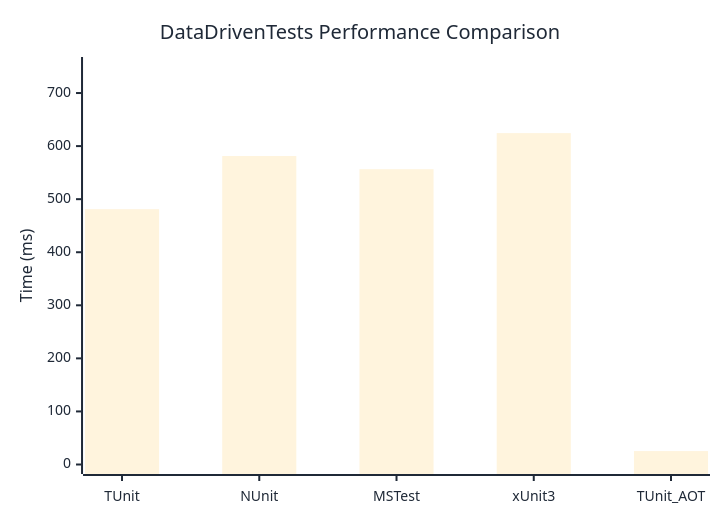
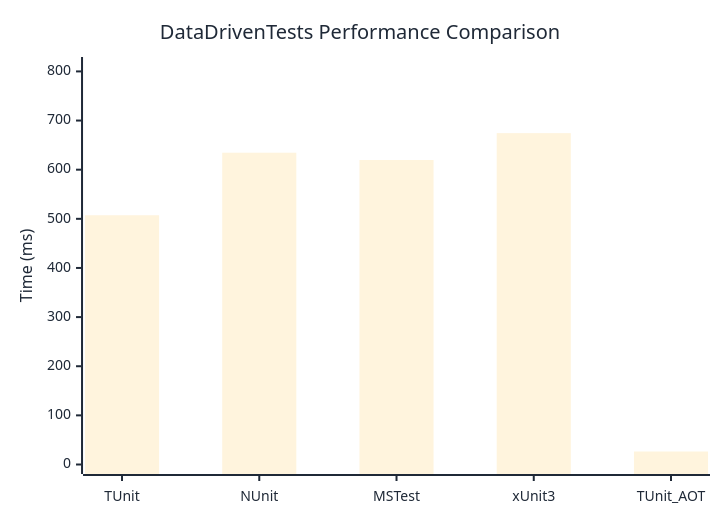
The diagram in docs/docs/benchmarks/DataDrivenTests.md (thomhurst/TUnit), drawn with Mermaid before and after one commit. The commit also changed other lines of this file and 17 other files, not shown here.

````diff
--- a/docs/docs/benchmarks/DataDrivenTests.md
+++ b/docs/docs/benchmarks/DataDrivenTests.md
@@ -27,37 +27,37 @@
 ```mermaid
 %%{init: {
   'theme':'base',
   'themeVariables': {
     'primaryColor': '#2563eb',
     'primaryTextColor': '#1f2937',
     'primaryBorderColor': '#1e40af',
     'lineColor': '#6b7280',
     'secondaryColor': '#7c3aed',
     'tertiaryColor': '#dc2626',
     'background': '#ffffff',
     'mainBkg': '#2563eb',
     'secondBkg': '#7c3aed',
     'tertiaryBkg': '#dc2626',
     'clusterBkg': '#f3f4f6',
     'edgeLabelBackground': '#ffffff',
     'tertiaryTextColor': '#1f2937',
     'pie1': '#2563eb',
     'pie2': '#7c3aed',
     'pie3': '#dc2626',
     'pie4': '#f59e0b',
     'pie5': '#10b981',
     'pie6': '#06b6d4',
     'pie7': '#ec4899',
     'pie8': '#6366f1',
     'pie9': '#84cc16',
     'pie10': '#f97316',
     'pie11': '#14b8a6',
     'pie12': '#a855f7'
   }
 }}%%
 xychart-beta
   title "DataDrivenTests Performance Comparison"
   x-axis ["TUnit", "NUnit", "MSTest", "xUnit3", "TUnit_AOT"]
-  y-axis "Time (ms)" 0 --> 750
-  bar [481.19, 581.32, 556.5, 624.51, 25.31]
+  y-axis "Time (ms)" 0 --> 810
+  bar [507.29, 634.58, 619.72, 674.37, 26.45]
 ```
````
